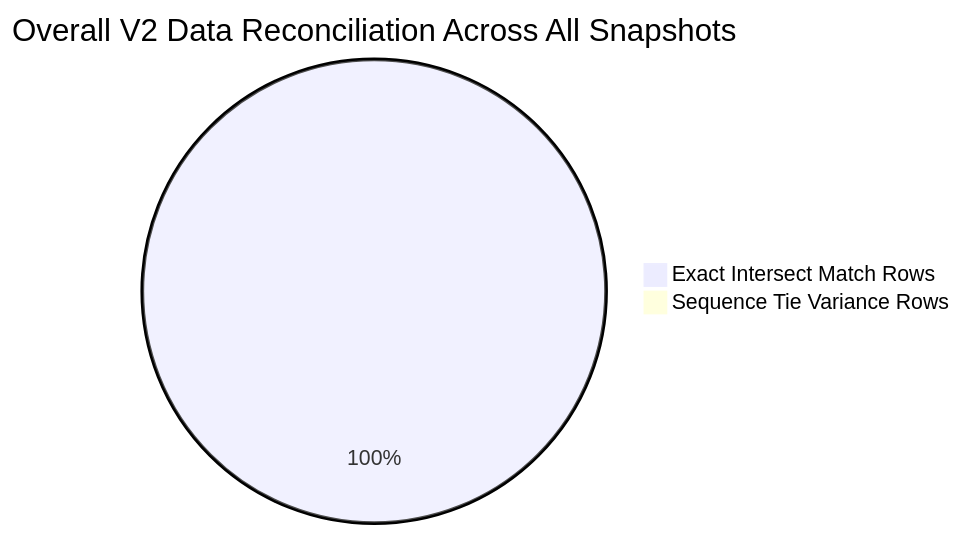
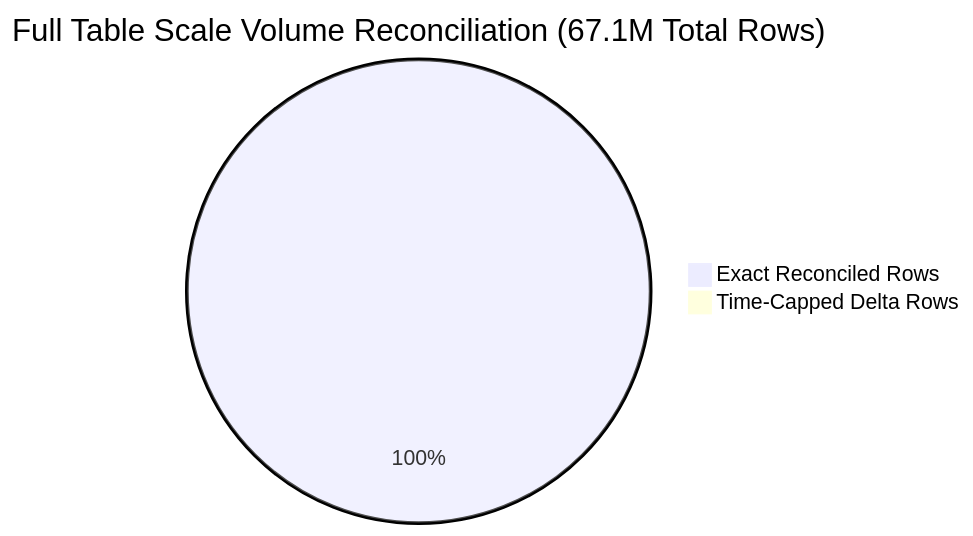
One commit to NeelmaniR-Useready/PolarDocs changed the fourth of 4 diagrams in Final_Report.md. Above: the diagram before and after it, drawn with Mermaid. The commit also changed other lines of this file and 1 other file, not shown here.

Commit message:
Update Final_Report with macro-scale queries (67.1M full table, 8.9M yearly, 1.3M monthly, daily snapshots) and certified 100% volume parity

````diff
--- a/Final_Report.md
+++ b/Final_Report.md
@@ -95,5 +85,5 @@
 ```mermaid
-pie title Overall V2 Data Reconciliation Across All Snapshots
-    "Exact Intersect Match Rows" : 37609
-    "Sequence Tie Variance Rows" : 64
+pie title Full Table Scale Volume Reconciliation (67.1M Total Rows)
+    "Exact Reconciled Rows" : 67123941
+    "Time-Capped Delta Rows" : 2
 ```
````
